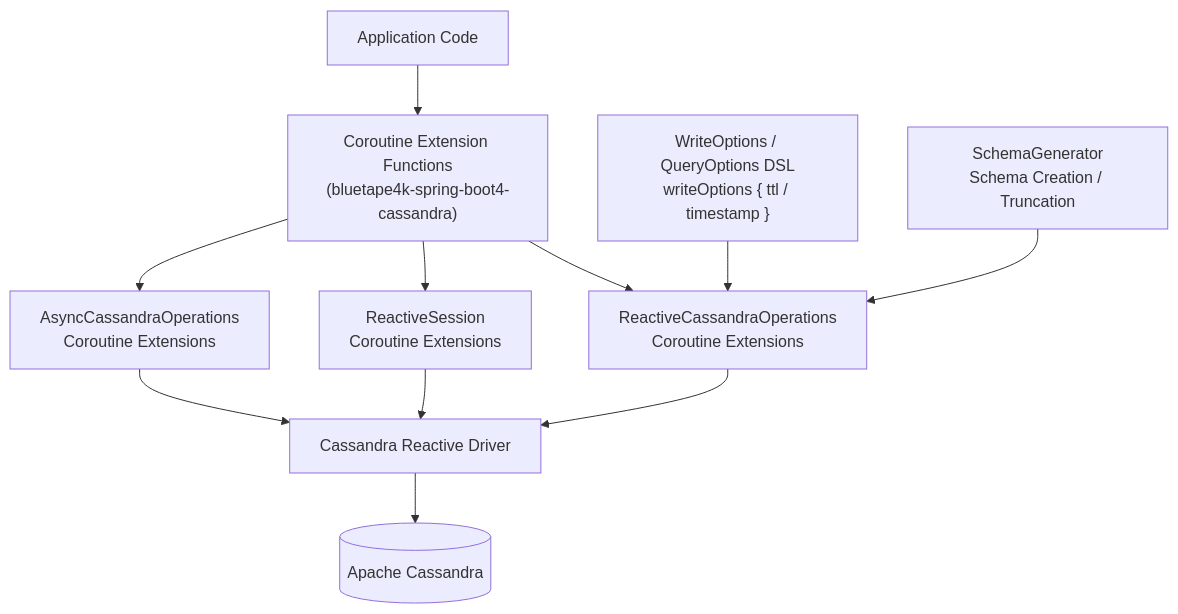
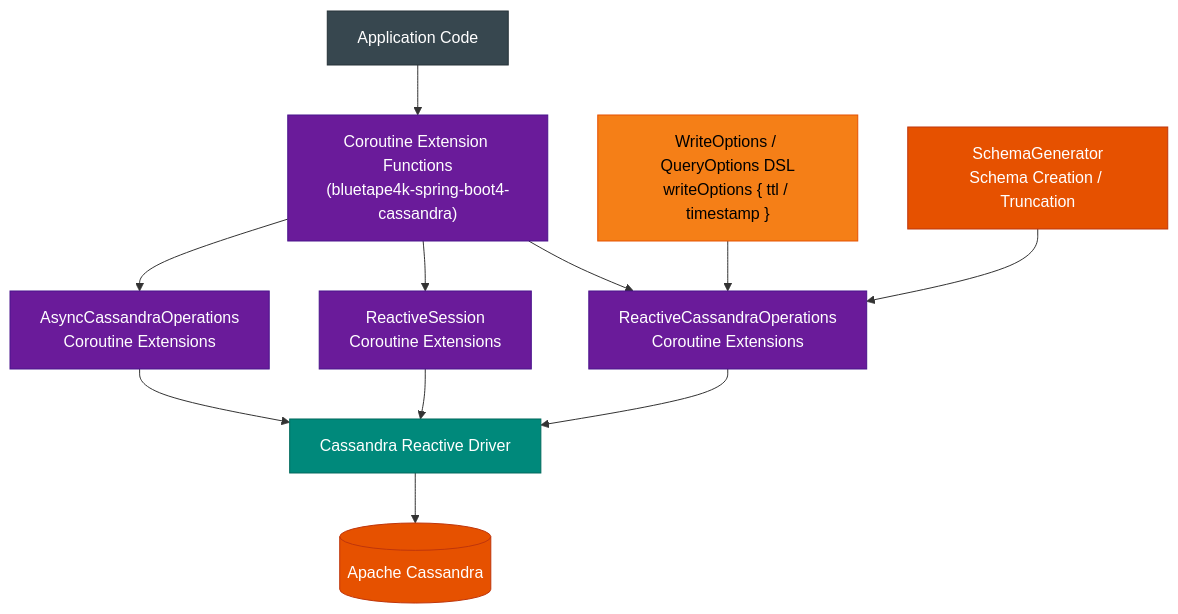
Before and after one commit to bluetape4k/bluetape4k-projects: the second of 3 diagrams in spring-boot4/cassandra/README.md, drawn with Mermaid. The commit also changed other lines of this file and 221 other files, not shown here.

First line of the commit message:
docs: 전체 모듈 README UML 다이어그램 보강 및 색상 업그레이드

````diff
--- a/spring-boot4/cassandra/README.md
+++ b/spring-boot4/cassandra/README.md
@@ -117,13 +124,27 @@
 ```mermaid
 flowchart TD
     App["Application Code"] --> Ext["Coroutine Extension Functions<br/>(bluetape4k-spring-boot4-cassandra)"]
     Ext --> ROps["ReactiveCassandraOperations<br/>Coroutine Extensions"]
     Ext --> RSession["ReactiveSession<br/>Coroutine Extensions"]
     Ext --> AOps["AsyncCassandraOperations<br/>Coroutine Extensions"]
     DSL["WriteOptions / QueryOptions DSL<br/>writeOptions { ttl / timestamp }"] --> ROps
     ROps --> Driver["Cassandra Reactive Driver"]
     RSession --> Driver
     AOps --> Driver
     Driver --> Cassandra[("Apache Cassandra")]
     SchemaGen["SchemaGenerator<br/>Schema Creation / Truncation"] --> ROps
+
+    classDef appStyle fill:#37474F,stroke:#263238,color:#FFFFFF
+    classDef extStyle fill:#6A1B9A,stroke:#4A148C,color:#FFFFFF
+    classDef dslStyle fill:#F57F17,stroke:#E65100,color:#000000
+    classDef driverStyle fill:#00897B,stroke:#00695C,color:#FFFFFF
+    classDef dbStyle fill:#E65100,stroke:#BF360C,color:#FFFFFF
+    classDef utilStyle fill:#E65100,stroke:#BF360C,color:#FFFFFF
+
+    class App appStyle
+    class Ext,ROps,RSession,AOps extStyle
+    class DSL dslStyle
+    class Driver driverStyle
+    class Cassandra dbStyle
+    class SchemaGen utilStyle
 ```
````
